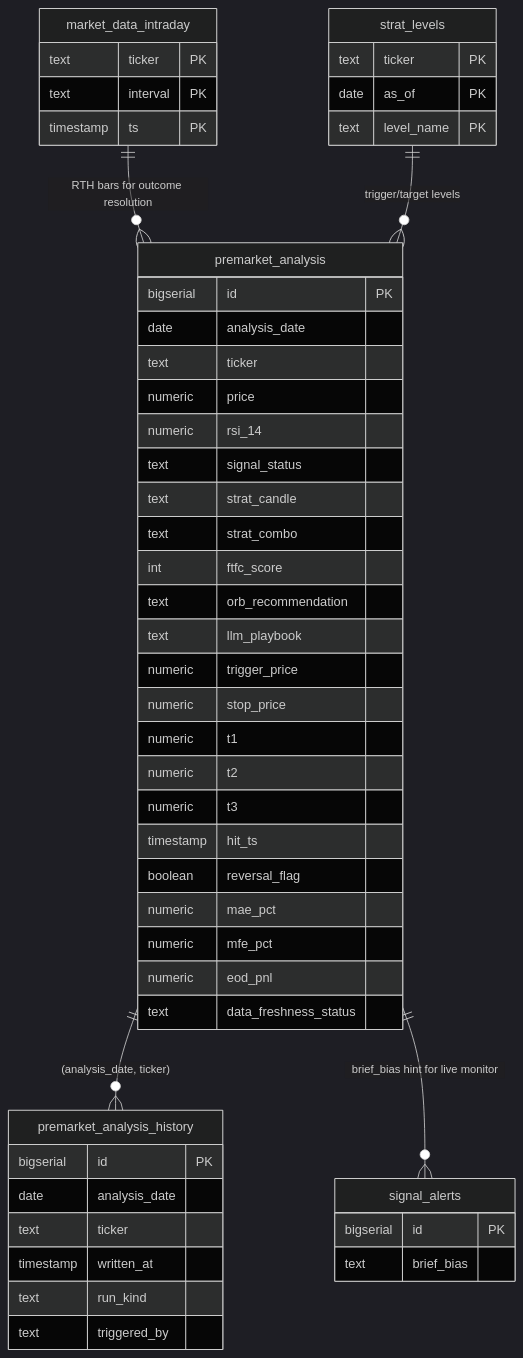
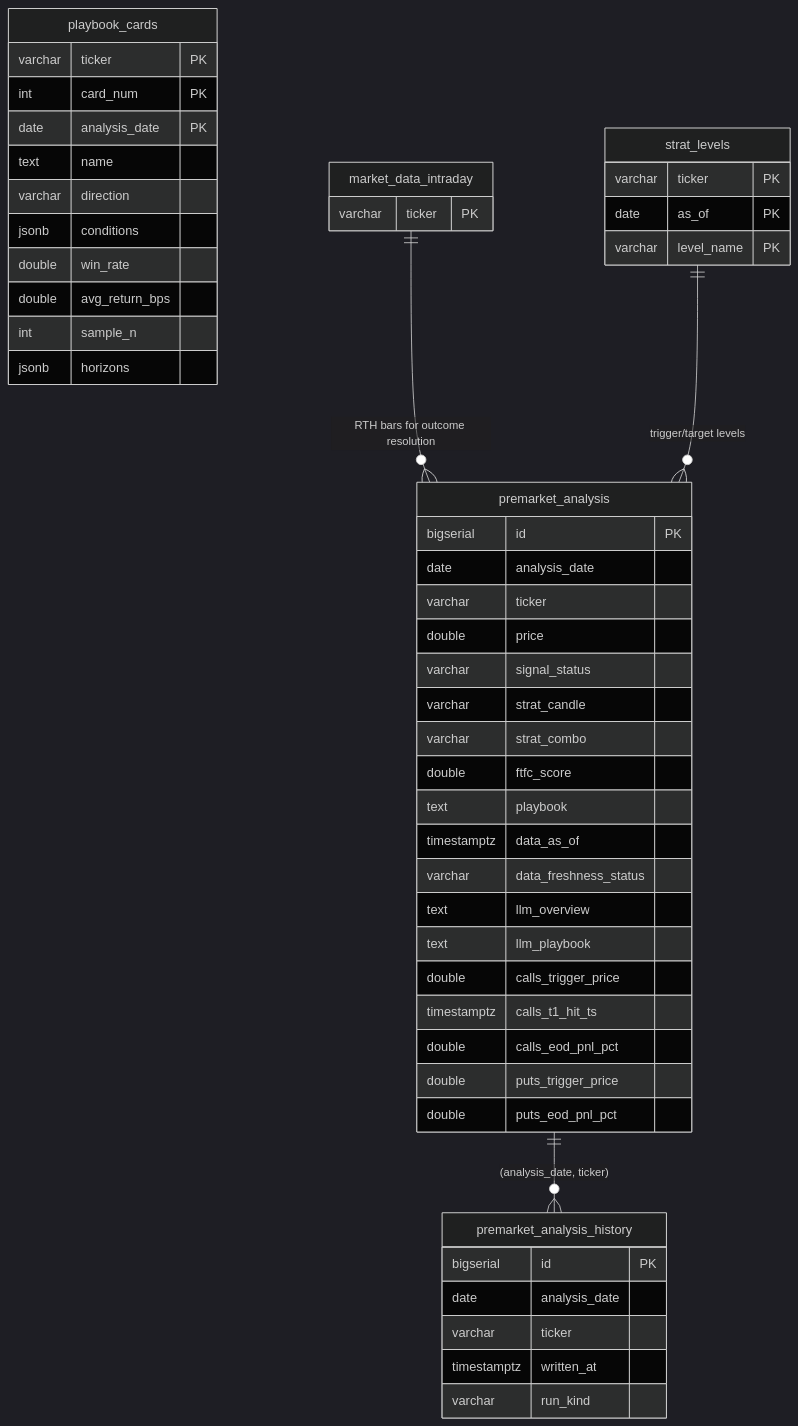
Before and after one commit to TeneikaAskew/stocks: the sixth of 10 diagrams in ERD.md, drawn with Mermaid (dark theme). The commit also changed other lines of this file and 7 other files, not shown here.

First line of the commit message:
docs: refresh architecture & system docs to 2026-06-23 state

````diff
--- a/ERD.md
+++ b/ERD.md
@@ -364,53 +416,51 @@
 ```mermaid
 erDiagram
     premarket_analysis {
         bigserial id PK
         date analysis_date
-        text ticker
-        numeric price
-        numeric rsi_14
-        text signal_status
-        text strat_candle
-        text strat_combo
-        int ftfc_score
-        text orb_recommendation
+        varchar ticker
+        double price
+        varchar signal_status
+        varchar strat_candle
+        varchar strat_combo
+        double ftfc_score
+        text playbook
+        timestamptz data_as_of
+        varchar data_freshness_status
+        text llm_overview
         text llm_playbook
-        numeric trigger_price
-        numeric stop_price
-        numeric t1
-        numeric t2
-        numeric t3
-        timestamp hit_ts
-        boolean reversal_flag
-        numeric mae_pct
-        numeric mfe_pct
-        numeric eod_pnl
-        text data_freshness_status
+        double calls_trigger_price
+        timestamptz calls_t1_hit_ts
+        double calls_eod_pnl_pct
+        double puts_trigger_price
+        double puts_eod_pnl_pct
     }
     premarket_analysis_history {
         bigserial id PK
         date analysis_date
-        text ticker
-        timestamp written_at
-        text run_kind
-        text triggered_by
+        varchar ticker
+        timestamptz written_at
+        varchar run_kind
     }
-    market_data_intraday {
-        text ticker PK
-        text interval PK
-        timestamp ts PK
+    playbook_cards {
+        varchar ticker PK
+        int card_num PK
+        date analysis_date PK
+        text name
+        varchar direction
+        jsonb conditions
+        double win_rate
+        double avg_return_bps
+        int sample_n
+        jsonb horizons
     }
     strat_levels {
-        text ticker PK
+        varchar ticker PK
         date as_of PK
-        text level_name PK
+        varchar level_name PK
     }
-    signal_alerts {
-        bigserial id PK
-        text brief_bias
-    }
+    market_data_intraday { varchar ticker PK }
     premarket_analysis ||--o{ premarket_analysis_history : "(analysis_date, ticker)"
     market_data_intraday ||--o{ premarket_analysis : "RTH bars for outcome resolution"
     strat_levels ||--o{ premarket_analysis : "trigger/target levels"
-    premarket_analysis ||--o{ signal_alerts : "brief_bias hint for live monitor"
 ```
````
